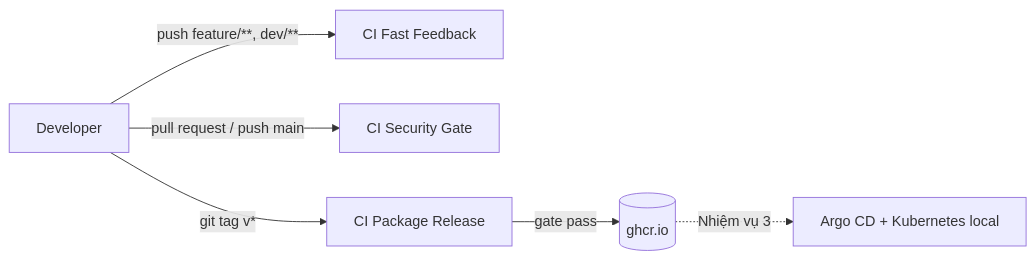
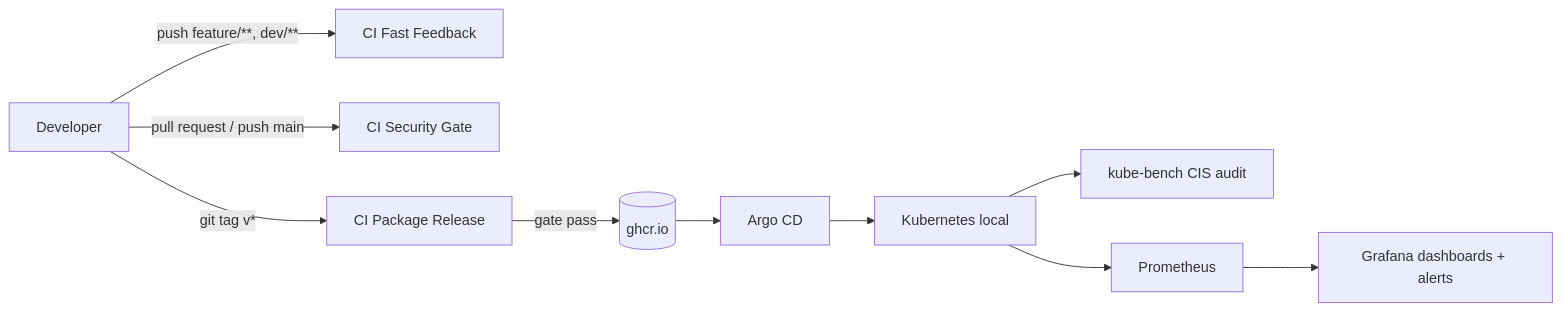
One commit to dang170806/shop-devsecops changed the diagram in README.md. Above: the diagram before and after it, drawn with Mermaid. The commit also changed other lines of this file, not shown here.

````diff
--- a/README.md
+++ b/README.md
@@ -29,8 +31,12 @@
 ```mermaid
 flowchart LR
     Dev["Developer"] -->|"push feature/**, dev/**"| FF["CI Fast Feedback"]
     Dev -->|"pull request / push main"| SG["CI Security Gate"]
     Dev -->|"git tag v*"| REL["CI Package Release"]
     REL -->|"gate pass"| GHCR[("ghcr.io")]
-    GHCR -.->|"Nhiệm vụ 3"| K8S["Argo CD + Kubernetes local"]
+    GHCR --> ARGO["Argo CD"]
+    ARGO --> K8S["Kubernetes local"]
+    K8S --> KB["kube-bench CIS audit"]
+    K8S --> PROM["Prometheus"]
+    PROM --> GRAF["Grafana dashboards + alerts"]
 ```
````
